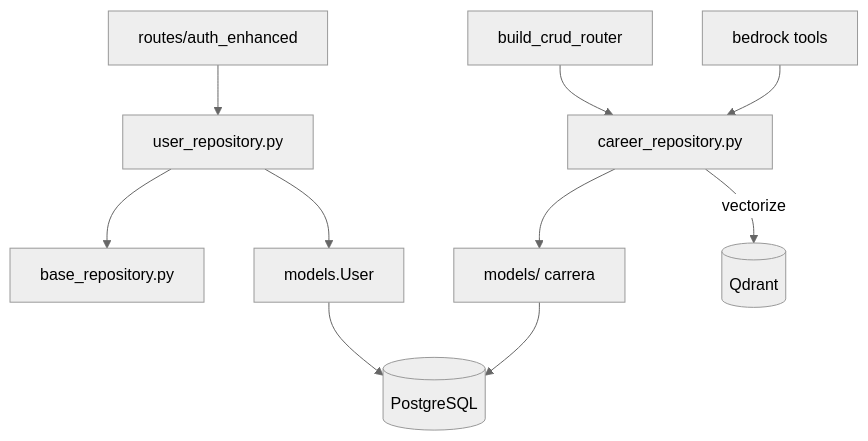
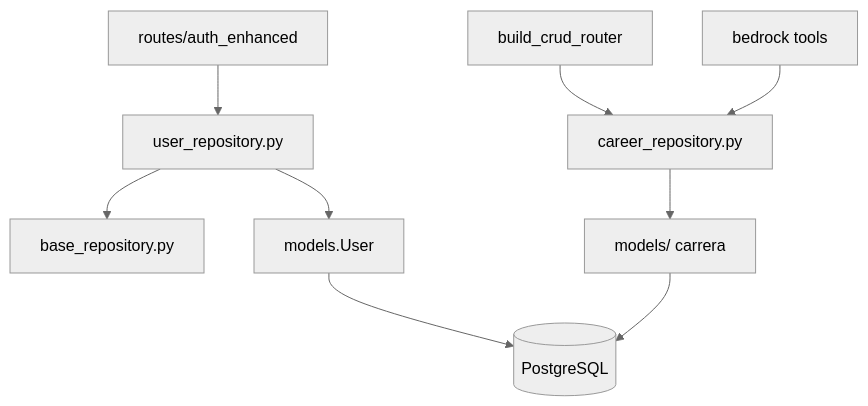
The diagram in cjhirashi-career-api/src/repositories/README.md (cjhirashi/cjhirashi-career), drawn with Mermaid (neutral theme) before and after one commit. The commit also changed other lines of this file and 81 other files, not shown here.

````diff
--- a/cjhirashi-career-api/src/repositories/README.md
+++ b/cjhirashi-career-api/src/repositories/README.md
@@ -7,12 +7,11 @@
 ```mermaid
 flowchart TB
     AuthR[routes/auth_enhanced] --> UserRepo[user_repository.py]
     UserRepo --> BaseRepo[base_repository.py]
     CRUD[build_crud_router] --> CareerRepo[career_repository.py]
     Tools[bedrock tools] --> CareerRepo
     CareerRepo --> Models[models/ carrera]
     UserRepo --> User[models.User]
     Models --> PG[(PostgreSQL)]
     User --> PG
-    CareerRepo -->|vectorize| Qdrant[(Qdrant)]
 ```
````
